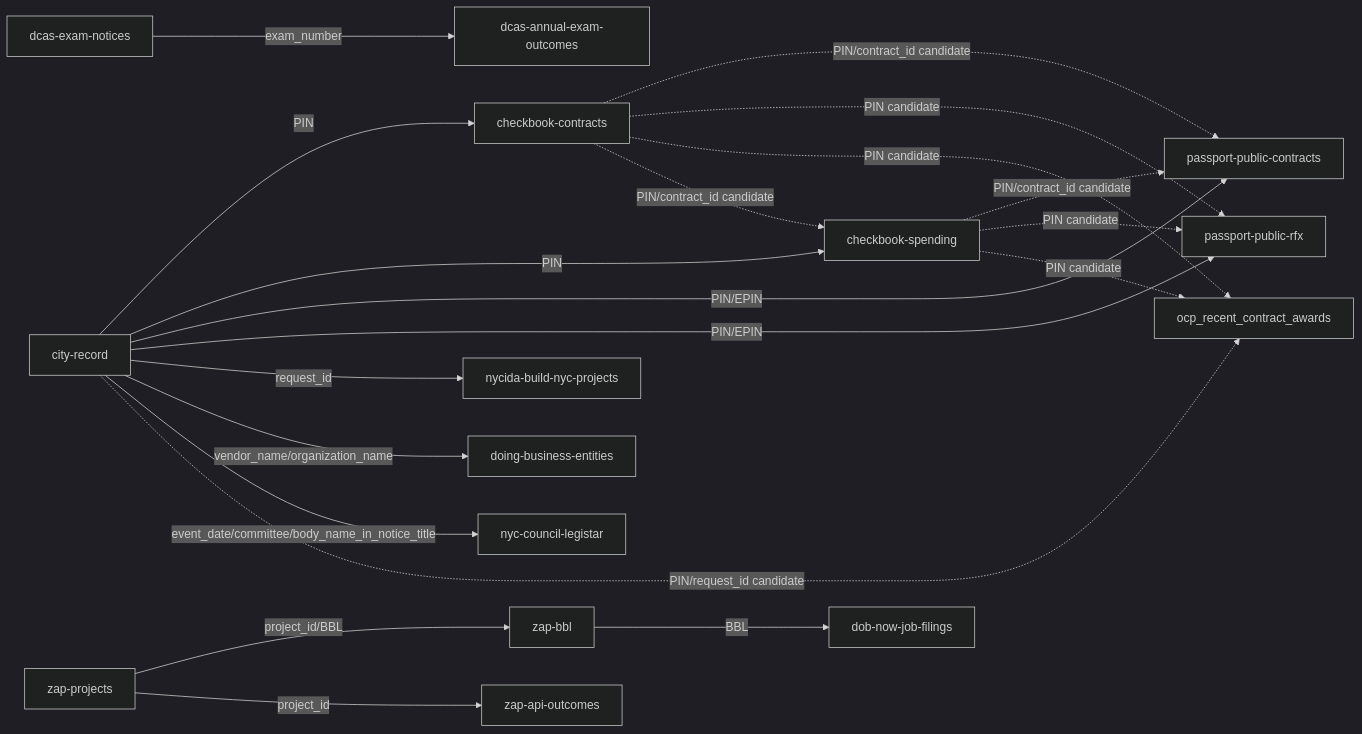
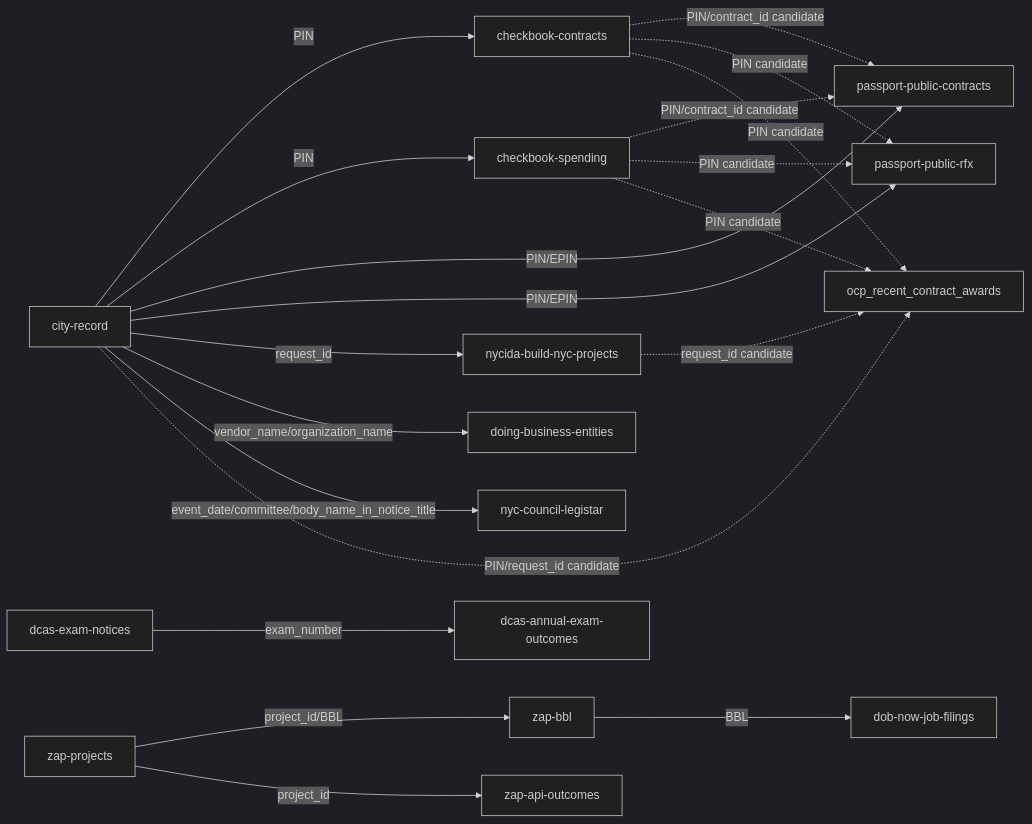
One commit to cityscroll/cityscroll-app changed the diagram in docs/gap-taxonomy.md. Above: the diagram before and after it, drawn with Mermaid (dark theme). The commit also changed other lines of this file and 12 other files, not shown here.

````diff
--- a/docs/gap-taxonomy.md
+++ b/docs/gap-taxonomy.md
@@ -138,22 +138,22 @@
 ```mermaid
 graph LR
   city_record[city-record] -->|PIN| checkbook_contracts[checkbook-contracts]
   city_record[city-record] -->|PIN| checkbook_spending[checkbook-spending]
   city_record[city-record] -->|PIN/EPIN| passport_public_contracts[passport-public-contracts]
   city_record[city-record] -->|PIN/EPIN| passport_public_rfx[passport-public-rfx]
   city_record[city-record] -->|request_id| nycida_build_nyc_projects[nycida-build-nyc-projects]
   city_record[city-record] -->|vendor_name/organization_name| doing_business_entities[doing-business-entities]
   city_record[city-record] -->|event_date/committee/body_name_in_notice_title| nyc_council_legistar[nyc-council-legistar]
   dcas_exam_notices[dcas-exam-notices] -->|exam_number| dcas_annual_exam_outcomes[dcas-annual-exam-outcomes]
   zap_bbl[zap-bbl] -->|BBL| dob_now_job_filings[dob-now-job-filings]
   zap_projects[zap-projects] -->|project_id/BBL| zap_bbl[zap-bbl]
   zap_projects[zap-projects] -->|project_id| zap_api_outcomes[zap-api-outcomes]
   checkbook_contracts-.->|PIN/contract_id candidate| passport_public_contracts
   checkbook_contracts-.->|PIN candidate| passport_public_rfx
   checkbook_spending-.->|PIN/contract_id candidate| passport_public_contracts
   checkbook_spending-.->|PIN candidate| passport_public_rfx
   checkbook_contracts-.->|PIN candidate| ocp_recent_contract_awards
   checkbook_spending-.->|PIN candidate| ocp_recent_contract_awards
   city_record-.->|PIN/request_id candidate| ocp_recent_contract_awards
-  checkbook_contracts-.->|PIN/contract_id candidate| checkbook_spending
+  nycida_build_nyc_projects-.->|request_id candidate| ocp_recent_contract_awards
 ```
````
